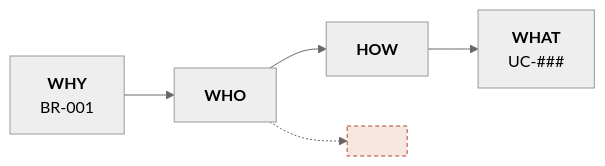
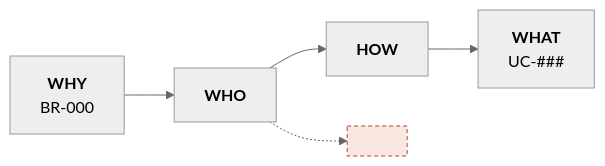
Before and after one commit to quangman2211/sdd-solo: the diagram in plugins/sdd-solo/templates/skel/br/br.md, drawn with Mermaid (neutral theme). The commit also changed other lines of this file and 10 other files, not shown here.

````diff
--- a/plugins/sdd-solo/templates/skel/br/br.md
+++ b/plugins/sdd-solo/templates/skel/br/br.md
@@ -68,12 +68,12 @@
 ```mermaid
 flowchart LR
-  G["<b>WHY</b><br/>BR-001<br/><goal>"]
+  G["<b>WHY</b><br/>BR-000<br/><goal>"]
   A1["<b>WHO</b><br/><actor 1>"]
   H1["<b>HOW</b><br/><hành vi cần thay đổi>"]
   W1["<b>WHAT</b><br/>UC-### <tên>"]
   X1["<nhánh ngoài scope>"]
   G --> A1 --> H1 --> W1
   A1 -.-> X1
   classDef out fill:#F8E7E1,stroke:#B4472B,stroke-dasharray:4 3
   class X1 out
 ```
````
